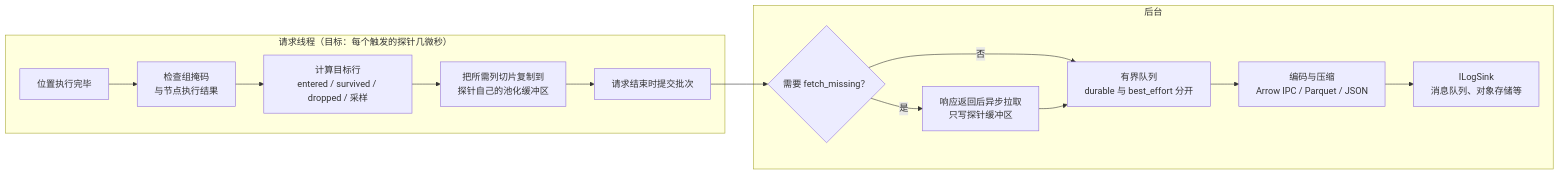
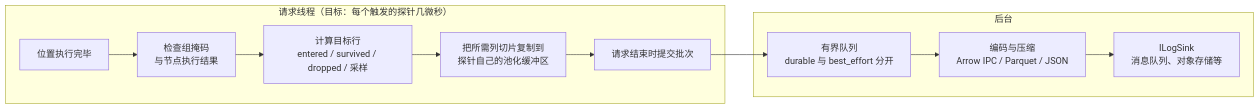
One commit to WAcry/StrataRec changed the fourth of 7 diagrams in docs/design.md. Above: the diagram before and after it, drawn with Mermaid. The commit also changed other lines of this file and 1 other file, not shown here.

````diff
--- a/docs/design.md
+++ b/docs/design.md
@@ -1400,17 +1398,14 @@
 ```mermaid
 flowchart LR
     subgraph Hot["请求线程（目标：每个触发的探针几微秒）"]
         A["位置执行完毕"] --> B["检查组掩码<br/>与节点执行结果"]
         B --> C["计算目标行<br/>entered / survived / dropped / 采样"]
         C --> D["把所需列切片复制到<br/>探针自己的池化缓冲区"]
         D --> E["请求结束时提交批次"]
     end
     subgraph Bg["后台"]
-        E --> M{"需要 fetch_missing？"}
-        M -- "是" --> N["响应返回后异步拉取<br/>只写探针缓冲区"]
-        M -- "否" --> Q["有界队列<br/>durable 与 best_effort 分开"]
-        N --> Q
+        E --> Q["有界队列<br/>durable 与 best_effort 分开"]
         Q --> G["编码与压缩<br/>Arrow IPC / Parquet / JSON"]
         G --> H["ILogSink<br/>消息队列、对象存储等"]
     end
 ```
````
